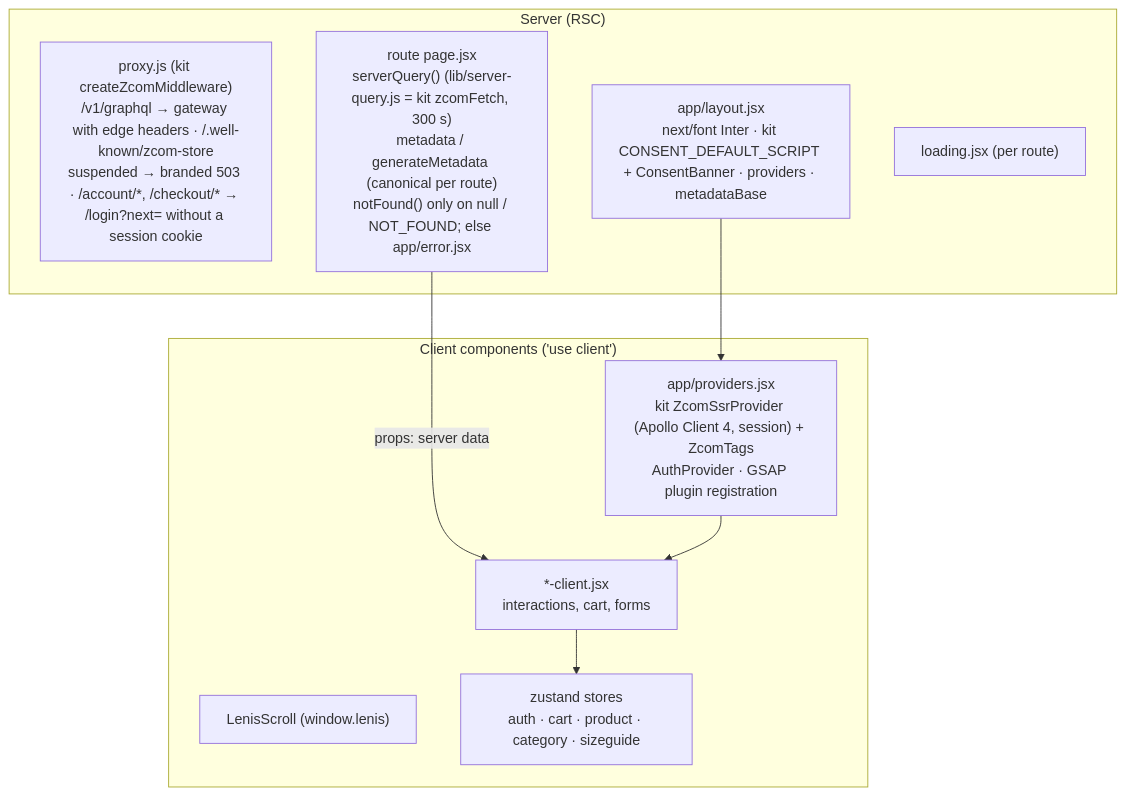
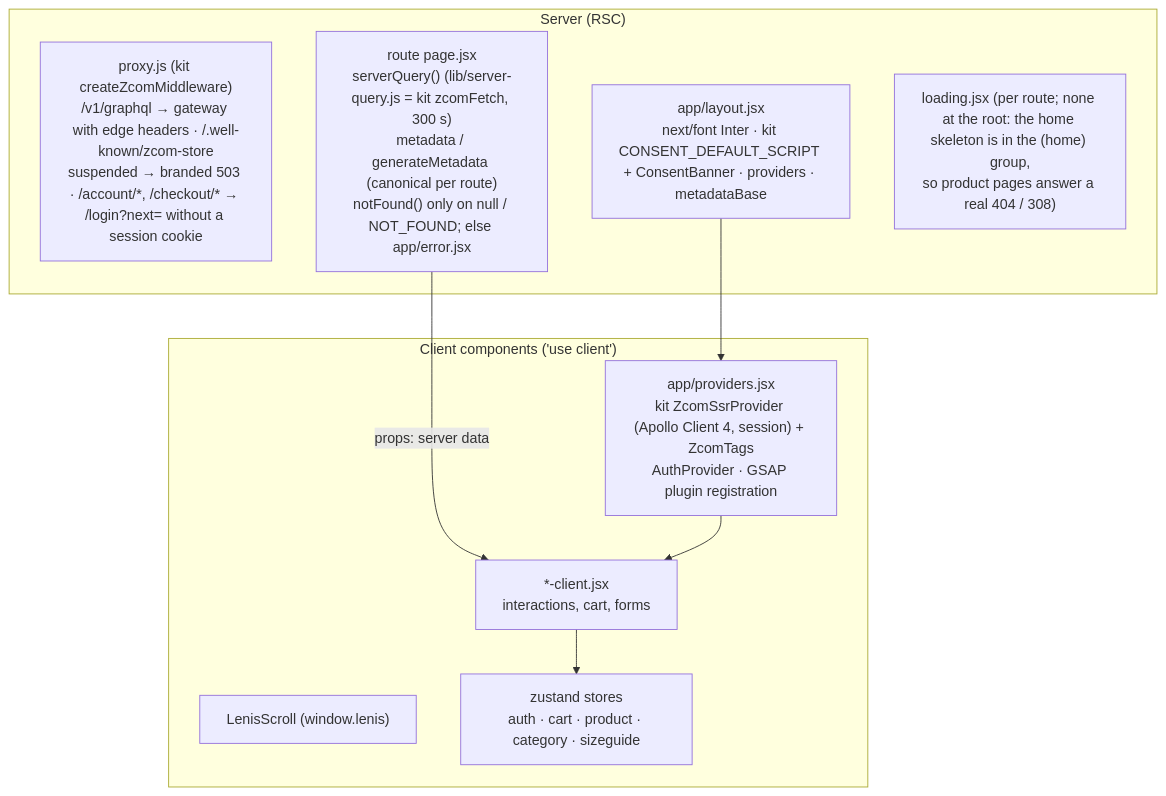
Before and after one commit to Zerror-Studios/Rare-Element: the second of 6 diagrams in docs/architecture/solution-architecture.md, drawn with Mermaid. The commit also changed 7 other files, not shown here.

First line of the commit message:
fix(seo): real 404 and 308 on product pages, product links in the listing HTML

````diff
--- a/docs/architecture/solution-architecture.md
+++ b/docs/architecture/solution-architecture.md
@@ -28,19 +28,19 @@
 ```mermaid
 flowchart TB
     subgraph Server["Server (RSC)"]
         MW["proxy.js (kit createZcomMiddleware)<br/>/v1/graphql → gateway with edge headers · /.well-known/zcom-store<br/>suspended → branded 503 · /account/*, /checkout/* → /login?next= without a session cookie"]
         L["app/layout.jsx<br/>next/font Inter · kit CONSENT_DEFAULT_SCRIPT + ConsentBanner · providers · metadataBase"]
         P["route page.jsx<br/>serverQuery() (lib/server-query.js = kit zcomFetch, 300 s)<br/>metadata / generateMetadata (canonical per route)<br/>notFound() only on null / NOT_FOUND; else app/error.jsx"]
-        LD["loading.jsx (per route)"]
+        LD["loading.jsx (per route; none at the root: the home skeleton is in the (home) group,<br/>so product pages answer a real 404 / 308)"]
     end
     subgraph Client["Client components ('use client')"]
         PR["app/providers.jsx<br/>kit ZcomSsrProvider (Apollo Client 4, session) + ZcomTags<br/>AuthProvider · GSAP plugin registration"]
         CC["*-client.jsx<br/>interactions, cart, forms"]
         LS["LenisScroll (window.lenis)"]
         ZS["zustand stores<br/>auth · cart · product · category · sizeguide"]
     end
     L --> PR
     P -- "props: server data" --> CC
     PR --> CC
     CC --> ZS
 ```
````
